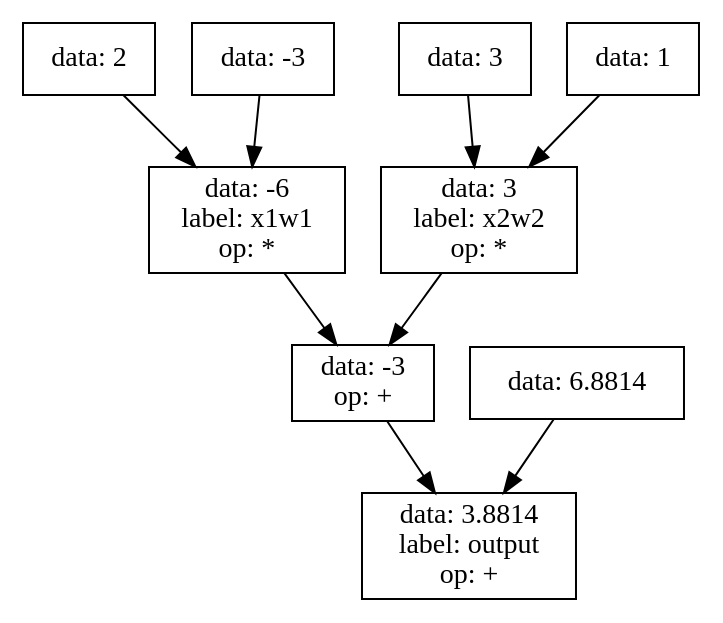
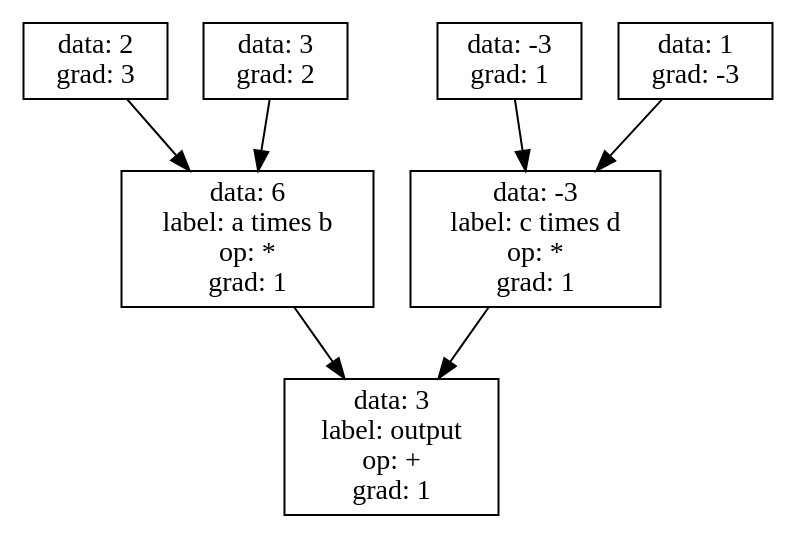
The diagram in expression_graph.dot (rshah918/Shahgrad), drawn with Graphviz before and after one commit. The commit also changed 3 other files, not shown here.

```diff
--- a/expression_graph.dot
+++ b/expression_graph.dot
@@ -1,19 +1,22 @@
 digraph ExpressionGraph {
-  6122794696 [label="data: 3.8814\nlabel: output\nop: +", shape=box, style=filled, fillcolor=none];
-  6122794872 -> 6122794696;
-  6122795136 -> 6122794696;
-  6122794872 [label="data: -3\nop: +", shape=box, style=filled, fillcolor=none];
-  6122795048 -> 6122794872;
-  6122794960 -> 6122794872;
-  6122795136 [label="data: 6.8814", shape=box, style=filled, fillcolor=none];
-  6122795048 [label="data: -6\nlabel: x1w1\nop: *", shape=box, style=filled, fillcolor=none];
-  6122795504 -> 6122795048;
-  6122795312 -> 6122795048;
-  6122794960 [label="data: 3\nlabel: x2w2\nop: *", shape=box, style=filled, fillcolor=none];
-  6122795416 -> 6122794960;
-  6122795224 -> 6122794960;
-  6122795504 [label="data: 2", shape=box, style=filled, fillcolor=none];
-  6122795312 [label="data: -3", shape=box, style=filled, fillcolor=none];
-  6122795416 [label="data: 3", shape=box, style=filled, fillcolor=none];
-  6122795224 [label="data: 1", shape=box, style=filled, fillcolor=none];
+  6132199376 [label="data: 3\nlabel: output\nop: +
+ grad: 1", shape=box, style=filled, fillcolor=none];
+  6132199552 -> 6132199376;
+  6132199464 -> 6132199376;
+  6132199552 [label="data: 6\nlabel: a times b\nop: *
+ grad: 1", shape=box, style=filled, fillcolor=none];
+  6132199920 -> 6132199552;
+  6132199832 -> 6132199552;
+  6132199464 [label="data: -3\nlabel: c times d\nop: *
+ grad: 1", shape=box, style=filled, fillcolor=none];
+  6132199728 -> 6132199464;
+  6132199640 -> 6132199464;
+  6132199920 [label="data: 2
+ grad: 3", shape=box, style=filled, fillcolor=none];
+  6132199832 [label="data: 3
+ grad: 2", shape=box, style=filled, fillcolor=none];
+  6132199728 [label="data: -3
+ grad: 1", shape=box, style=filled, fillcolor=none];
+  6132199640 [label="data: 1
+ grad: -3", shape=box, style=filled, fillcolor=none];
 }
```
